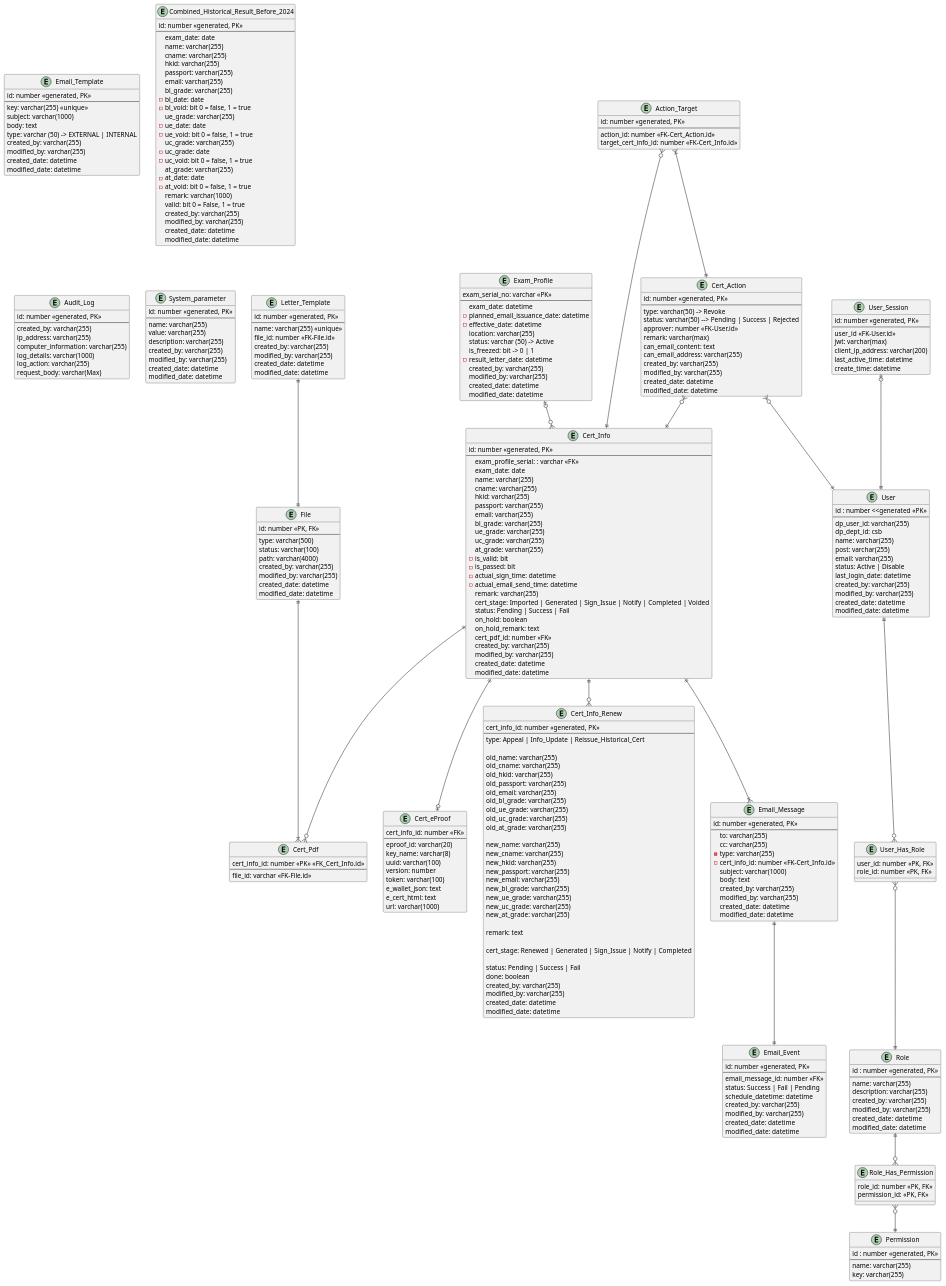
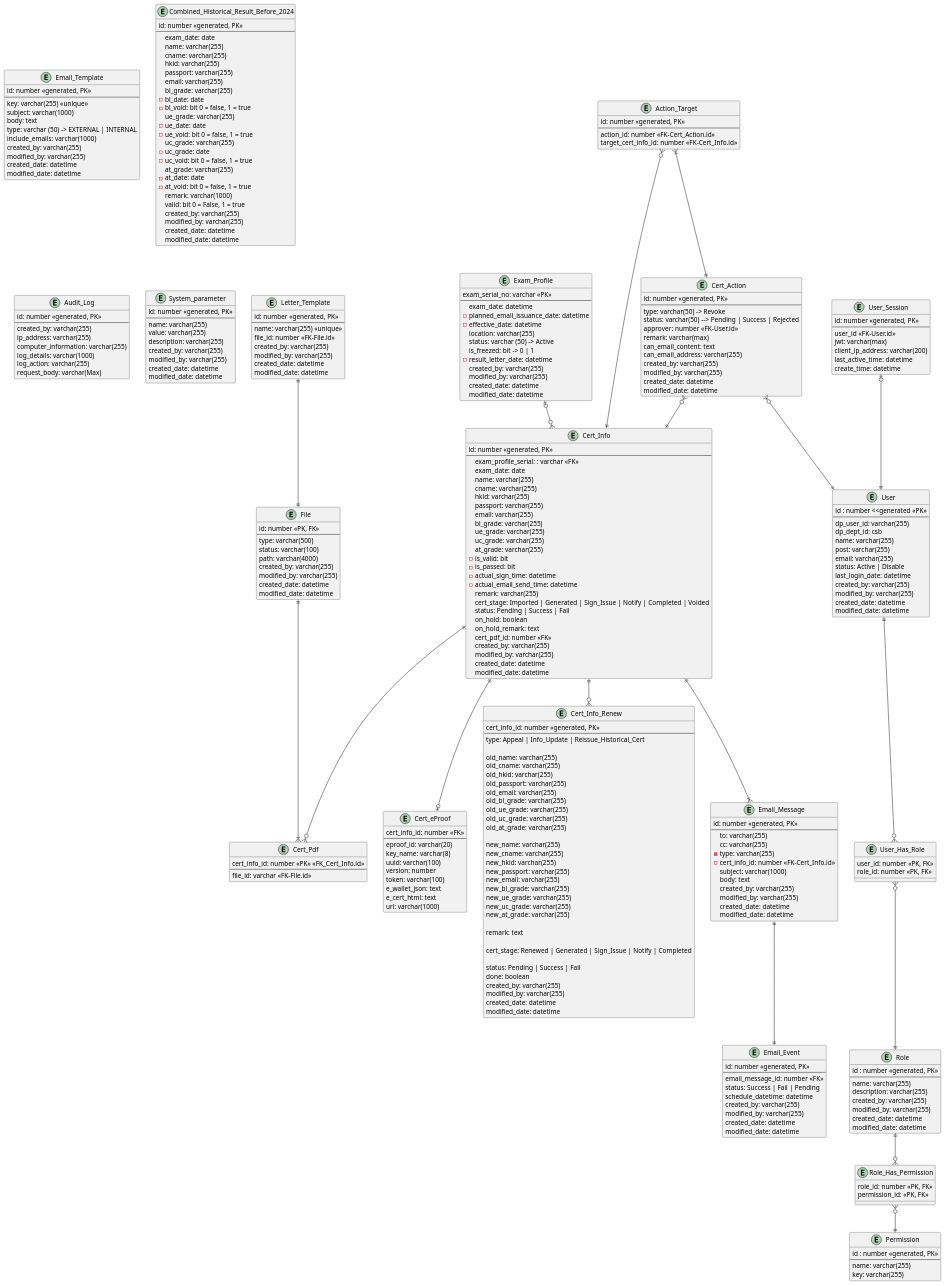
Before and after one commit to igsl-group/csb_eproof: the diagram in er-diagram.puml, drawn with PlantUML. The commit also changed 1 other file, not shown here.

Commit message:
Update er diagram and api emailTemplate

```diff
--- a/er-diagram.puml
+++ b/er-diagram.puml
@@ -70,6 +70,7 @@
   subject: varchar(1000)
   body: text
   type: varchar (50) -> EXTERNAL | INTERNAL
+  include_emails: varchar(1000)
   created_by: varchar(255)
   modified_by: varchar(255)
   created_date: datetime
```
